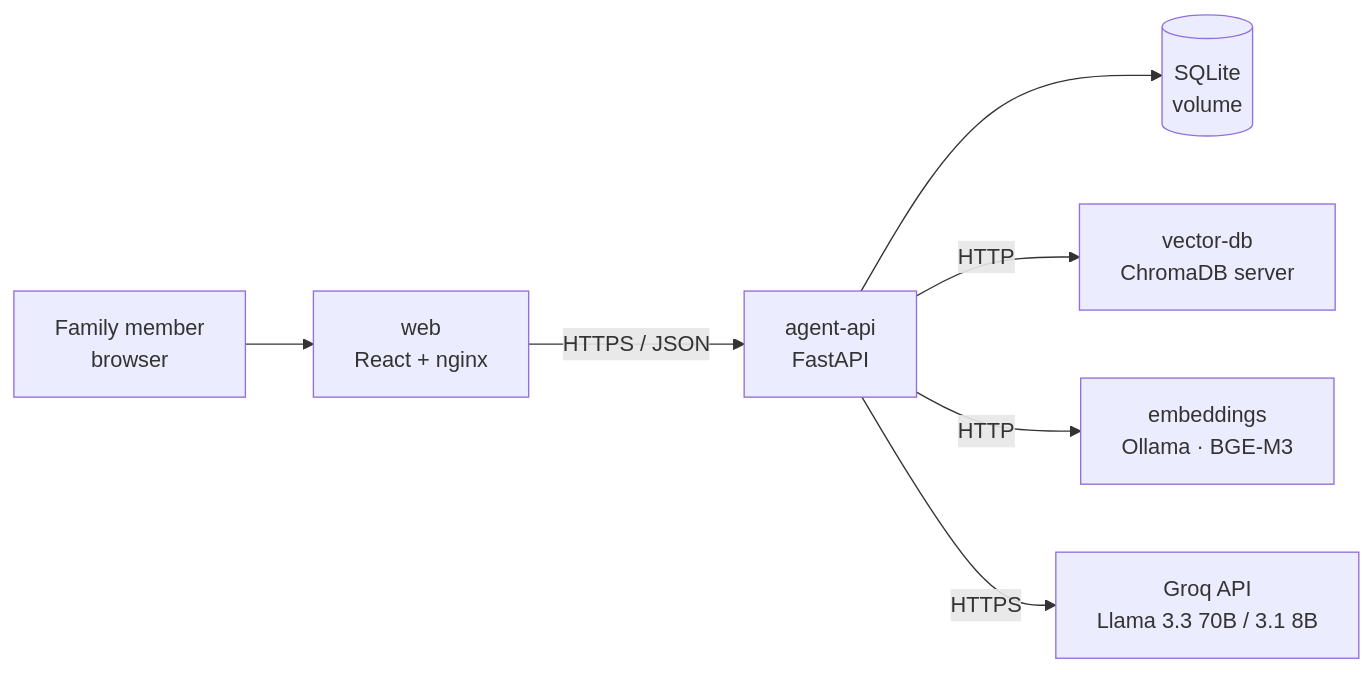
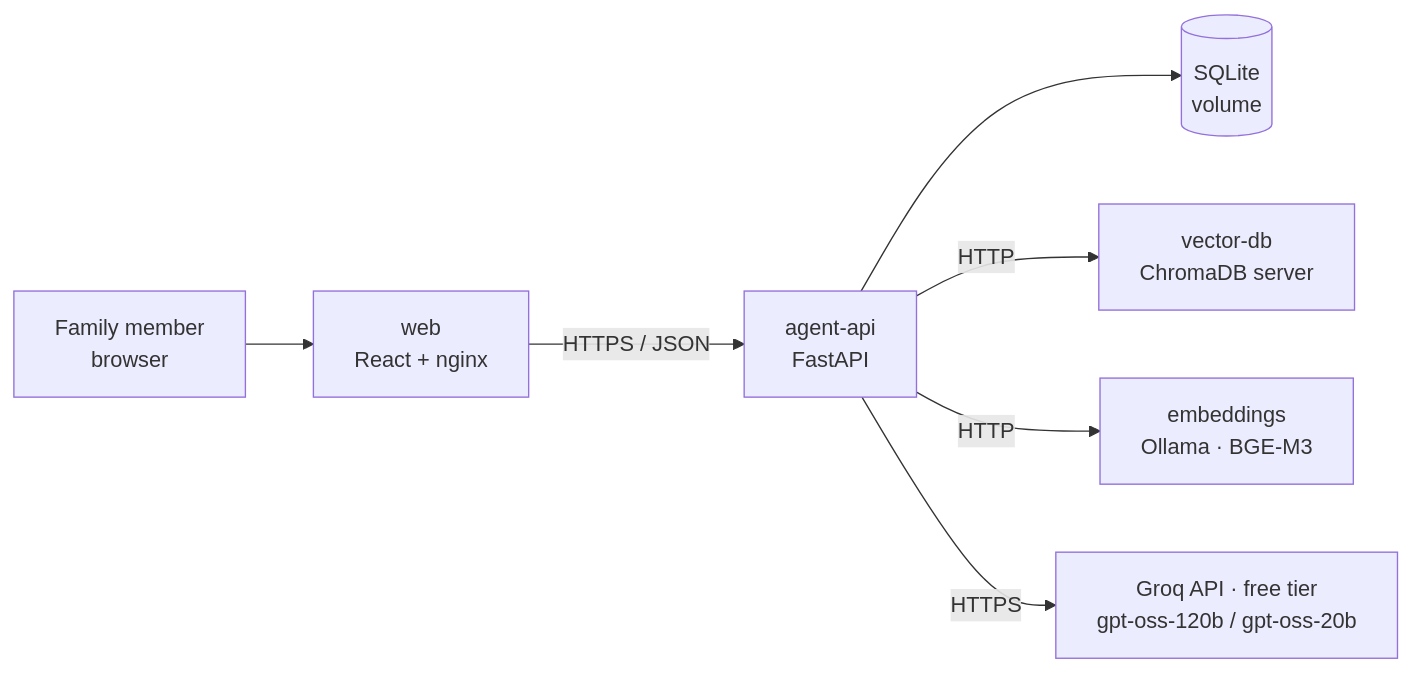
The first of 2 diagrams in docs/ARCHITECTURE.md (Ayham-Alsalm11/smart-family-budget), drawn with Mermaid before and after one commit. The commit also changed other lines of this file, not shown here.

Commit message:
Docs: architecture v1.2 (gpt-oss models, free-tier plan)

````diff
--- a/docs/ARCHITECTURE.md
+++ b/docs/ARCHITECTURE.md
@@ -33,9 +34,9 @@
 ```mermaid
 flowchart LR
     U[Family member<br/>browser] --> W[web<br/>React + nginx]
     W -- HTTPS / JSON --> A[agent-api<br/>FastAPI]
     A --> DB[(SQLite<br/>volume)]
     A -- HTTP --> V[vector-db<br/>ChromaDB server]
     A -- HTTP --> E[embeddings<br/>Ollama · BGE-M3]
-    A -- HTTPS --> G[Groq API<br/>Llama 3.3 70B / 3.1 8B]
+    A -- HTTPS --> G[Groq API · free tier<br/>gpt-oss-120b / gpt-oss-20b]
 ```
````
